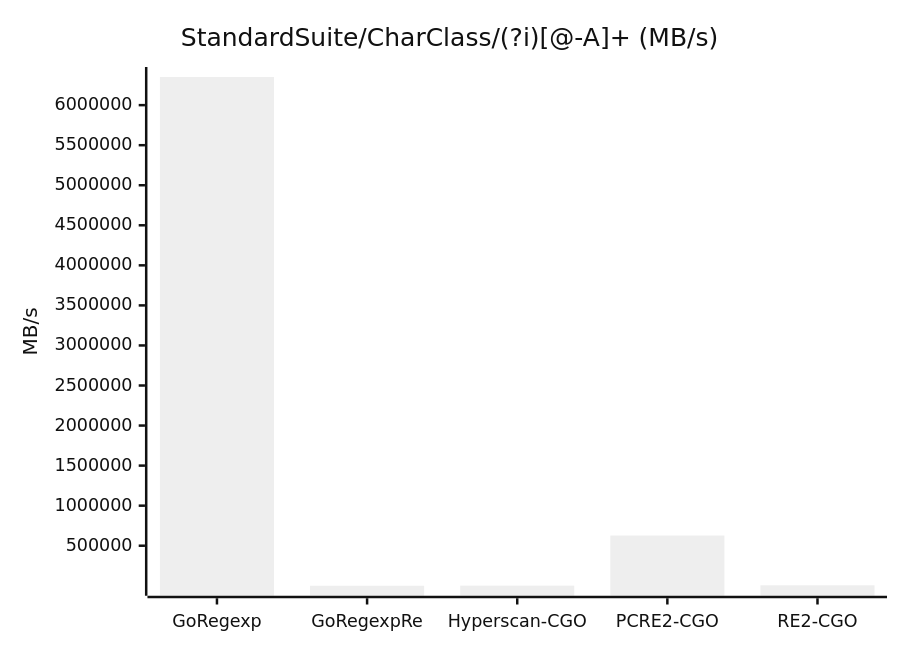
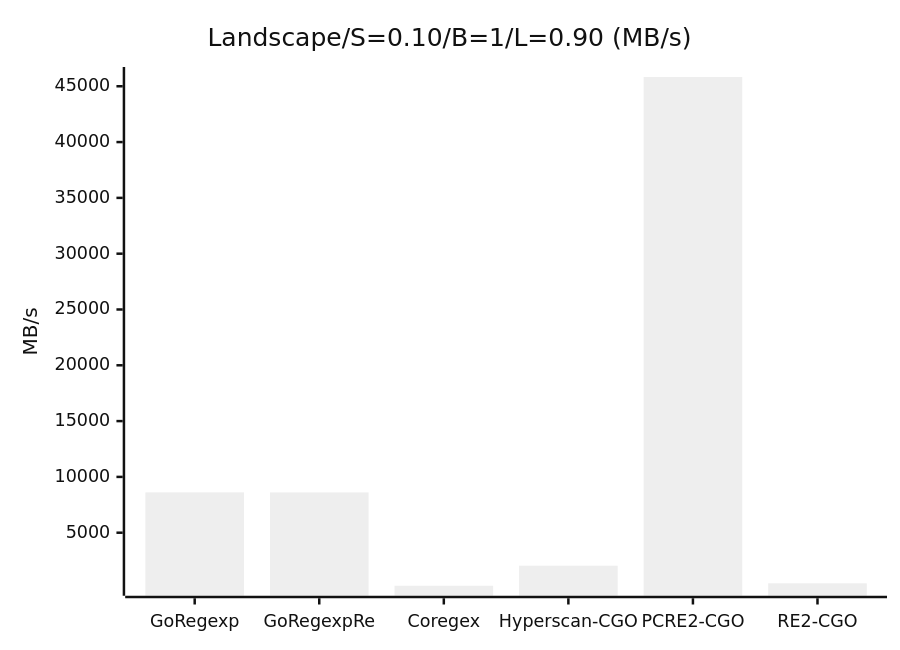
Diagram 15 of 47 in _benchmark_results/cgo_engines.md (kamichidu/go-regexp-re), drawn with Mermaid (neutral theme) before and after one commit. The commit also changed other lines of this file and 3 other files, not shown here.

````diff
--- a/_benchmark_results/cgo_engines.md
+++ b/_benchmark_results/cgo_engines.md
@@ -180,7 +232,7 @@
 ```mermaid
 xychart-beta
-    title "StandardSuite/CharClass/(?i)[@-A]+ (MB/s)"
-    x-axis ["GoRegexp", "GoRegexpRe", "Hyperscan-CGO", "PCRE2-CGO", "RE2-CGO"]
+    title "Landscape/S=0.10/B=1/L=0.90 (MB/s)"
+    x-axis ["GoRegexp", "GoRegexpRe", "Coregex", "Hyperscan-CGO", "PCRE2-CGO", "RE2-CGO"]
     y-axis "MB/s"
-    bar [6351232.22, 198.96, 1841.02, 626865.69, 5680.99]
+    bar [8613.61, 8611.26, 247.14, 2044.60, 45830.20, 465.55]
 ```
````
